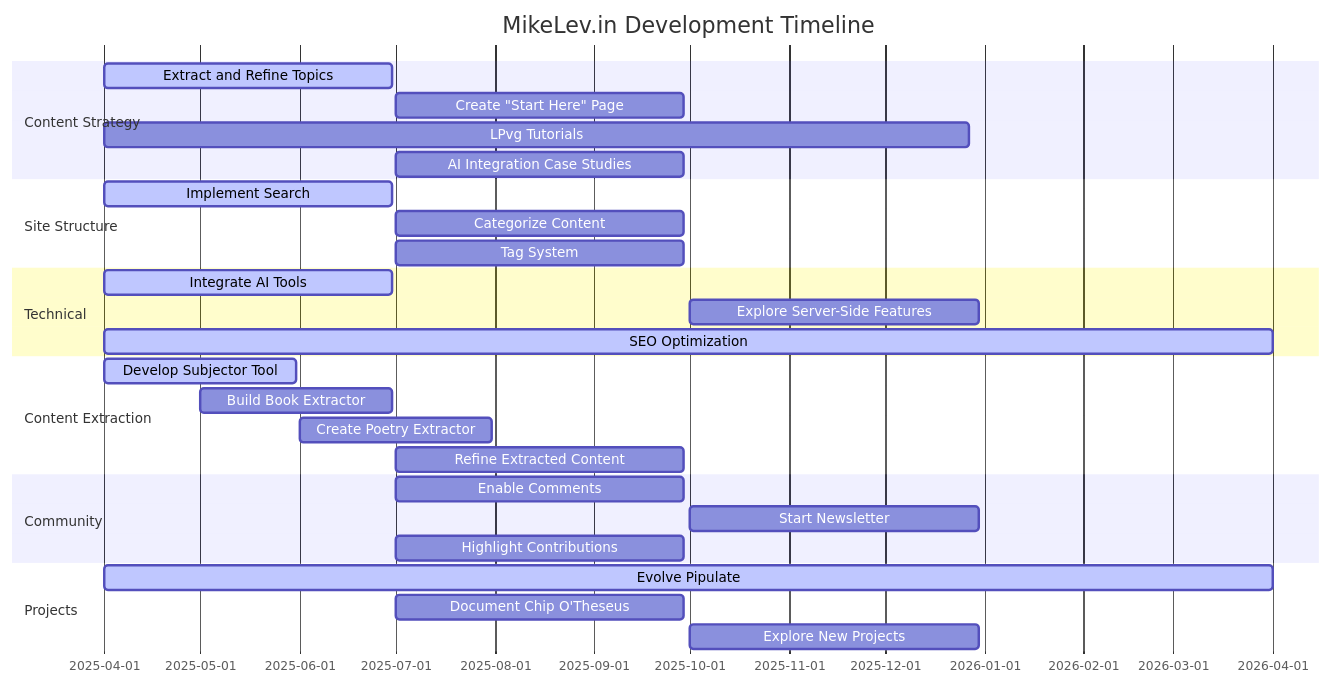
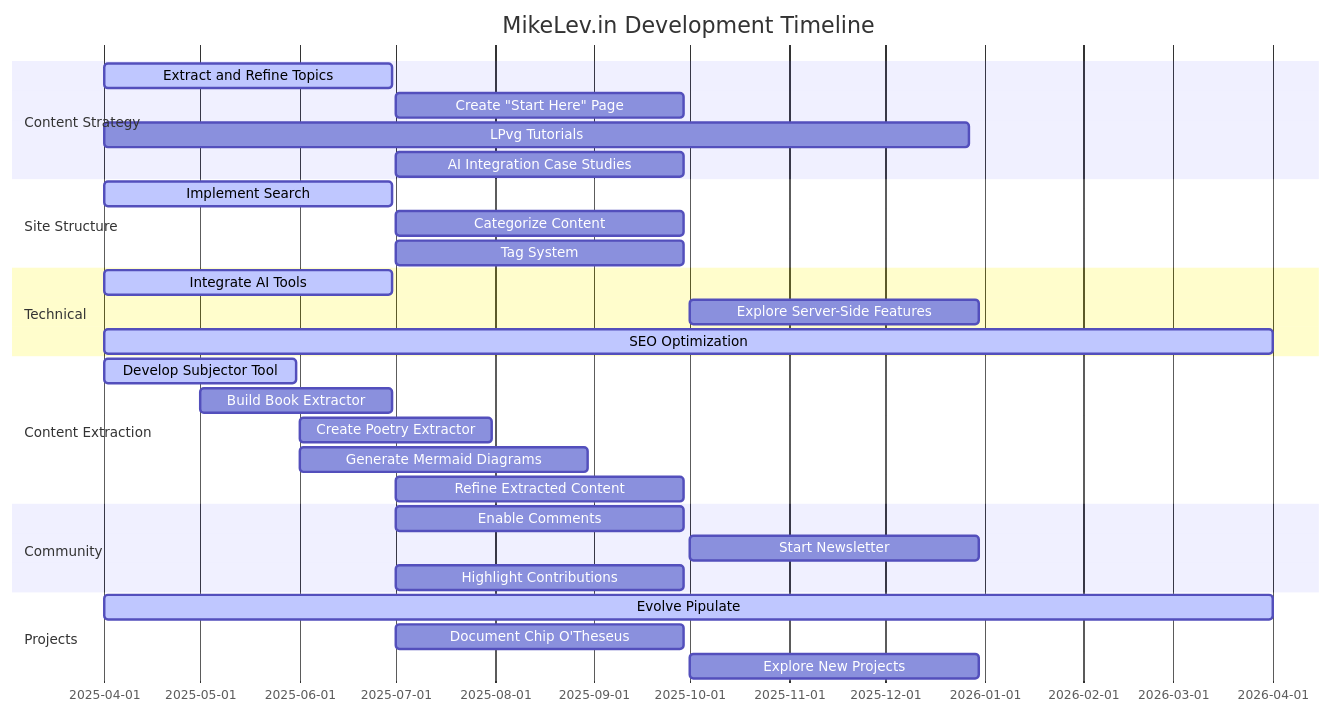
One commit to miklevin/MikeLev.in changed the diagram in roadmap.md. Above: the diagram before and after it, drawn with Mermaid. The commit also changed other lines of this file and 3 other files, not shown here.

```diff
--- a/roadmap.md
+++ b/roadmap.md
@@ -14,36 +14,37 @@
 <div class="mermaid">
 gantt
     title MikeLev.in Development Timeline
     dateFormat YYYY-MM-DD
     section Content Strategy
     Extract and Refine Topics     :active, topics, 2025-04-01, 90d
     Create "Start Here" Page      :start, 2025-07-01, 90d
     LPvg Tutorials                :tutorials, 2025-04-01, 270d
     AI Integration Case Studies   :cases, 2025-07-01, 90d
     
     section Site Structure
     Implement Search             :active, search, 2025-04-01, 90d
     Categorize Content           :cats, 2025-07-01, 90d
     Tag System                   :tags, 2025-07-01, 90d
     
     section Technical
     Integrate AI Tools           :active, aitools, 2025-04-01, 90d
     Explore Server-Side Features :server, 2025-10-01, 90d
     SEO Optimization            :active, seo, 2025-04-01, 365d
     
     section Content Extraction
     Develop Subjector Tool      :active, subjector, 2025-04-01, 60d
     Build Book Extractor        :book, 2025-05-01, 60d
     Create Poetry Extractor     :poetry, 2025-06-01, 60d
+    Generate Mermaid Diagrams   :mermaid, 2025-06-01, 90d
     Refine Extracted Content    :refine, 2025-07-01, 90d
     
     section Community
     Enable Comments             :comments, 2025-07-01, 90d
     Start Newsletter            :news, 2025-10-01, 90d
     Highlight Contributions     :contrib, 2025-07-01, 90d
     
     section Projects
     Evolve Pipulate            :active, pipulate, 2025-04-01, 365d
     Document Chip O'Theseus    :chip, 2025-07-01, 90d
     Explore New Projects       :new, 2025-10-01, 90d
 </div>
```
